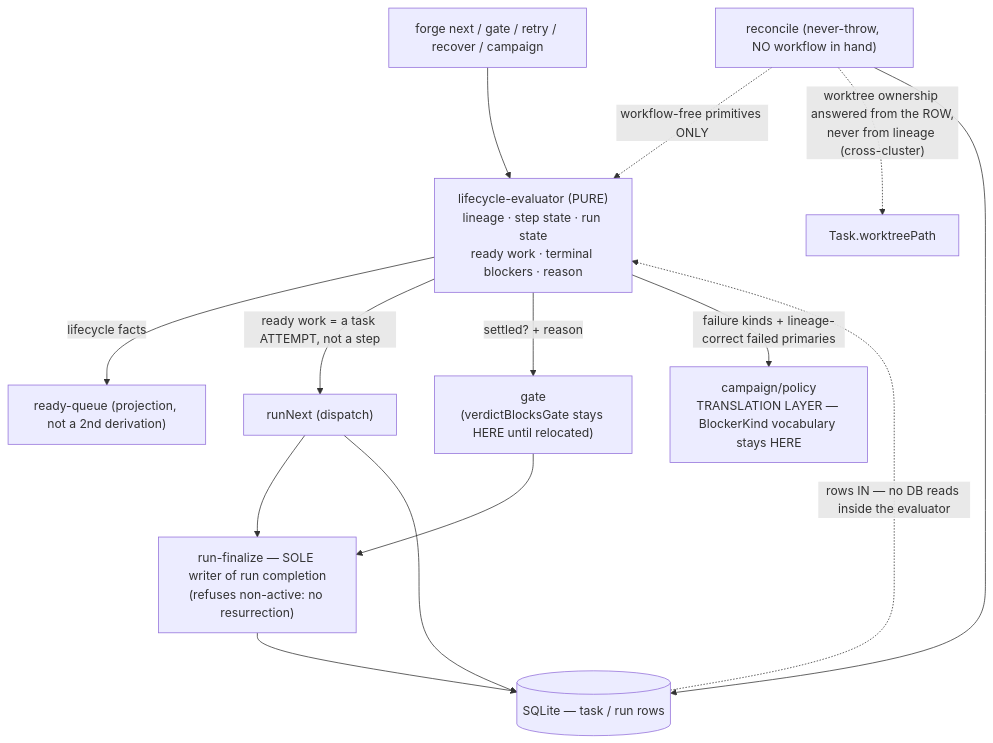
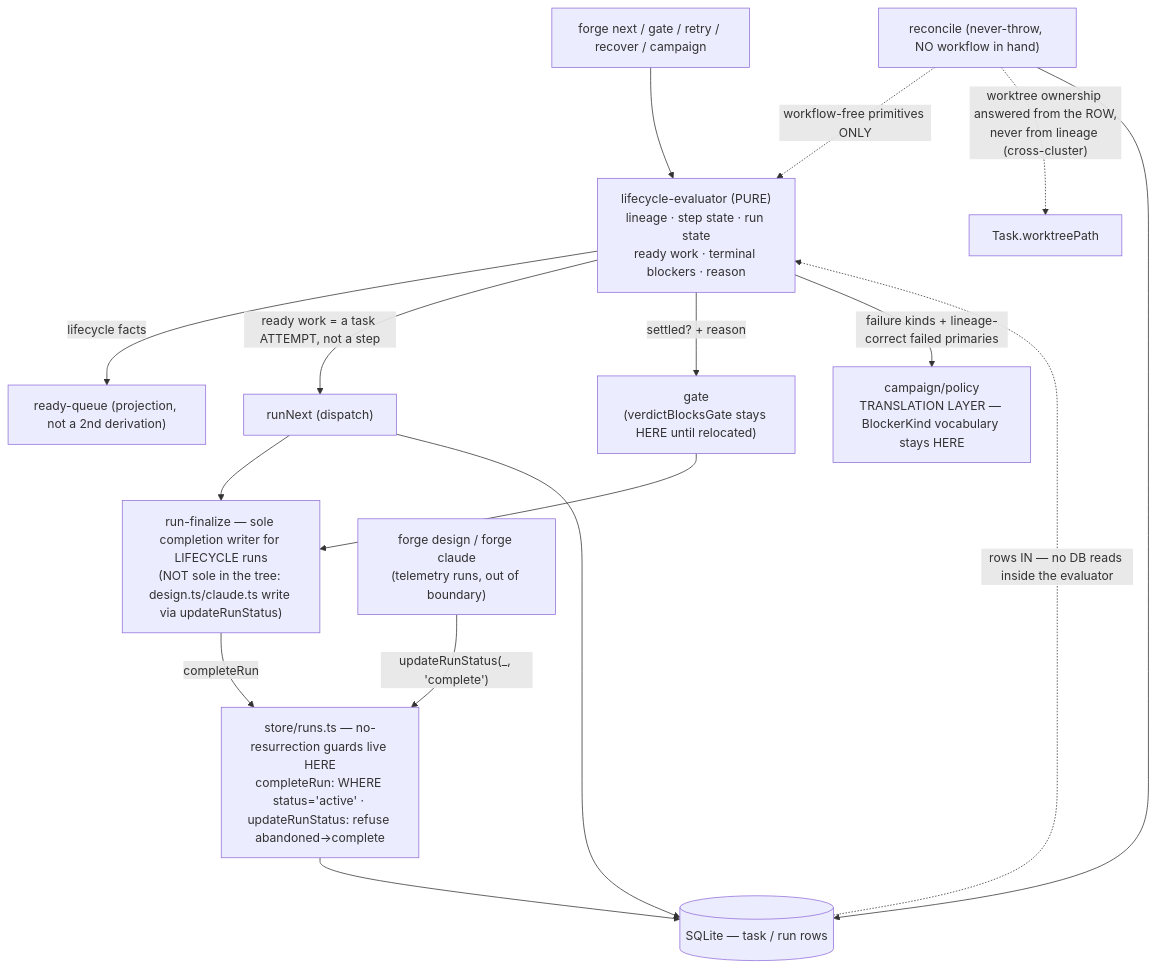
Before and after one commit to stevebargelt/forge: the diagram in docs/prds/workflow-lifecycle-semantics.md, drawn with Mermaid. The commit also changed other lines of this file, not shown here.

First line of the commit message:
docs(prd): PRD-c corr#1 — remove false 'sole completion writer' VERIFIED FACT

````diff
--- a/docs/prds/workflow-lifecycle-semantics.md
+++ b/docs/prds/workflow-lifecycle-semantics.md
@@ -477,16 +521,18 @@
 ```mermaid
 graph TD
   CLI["forge next / gate / retry / recover / campaign"] --> EVAL["lifecycle-evaluator (PURE)<br/>lineage · step state · run state<br/>ready work · terminal blockers · reason"]
   EVAL -->|"lifecycle facts"| RQ["ready-queue (projection, not a 2nd derivation)"]
   EVAL -->|"ready work = a task ATTEMPT, not a step"| RN["runNext (dispatch)"]
   EVAL -->|"settled? + reason"| GATE["gate<br/>(verdictBlocksGate stays HERE until relocated)"]
   EVAL -->|"failure kinds + lineage-correct failed primaries"| CAMP["campaign/policy<br/>TRANSLATION LAYER — BlockerKind vocabulary stays HERE"]
-  RN --> RF["run-finalize — SOLE writer of run completion<br/>(refuses non-active: no resurrection)"]
+  RN --> RF["run-finalize — sole completion writer for LIFECYCLE runs<br/>(NOT sole in the tree: design.ts/claude.ts write via updateRunStatus)"]
   GATE --> RF
+  DESIGN["forge design / forge claude<br/>(telemetry runs, out of boundary)"] -->|"updateRunStatus(_, 'complete')"| STORE["store/runs.ts — no-resurrection guards live HERE<br/>completeRun: WHERE status='active' · updateRunStatus: refuse abandoned→complete"]
+  RF -->|completeRun| STORE
+  STORE --> DB[("SQLite — task / run rows")]
   REC["reconcile (never-throw, NO workflow in hand)"] -.->|"workflow-free primitives ONLY"| EVAL
   REC -.->|"worktree ownership answered from the ROW,<br/>never from lineage (cross-cluster)"| ROW["Task.worktreePath"]
-  RF --> DB[("SQLite — task / run rows")]
   RN --> DB
   REC --> DB
   DB -.->|"rows IN — no DB reads inside the evaluator"| EVAL
 ```
````
